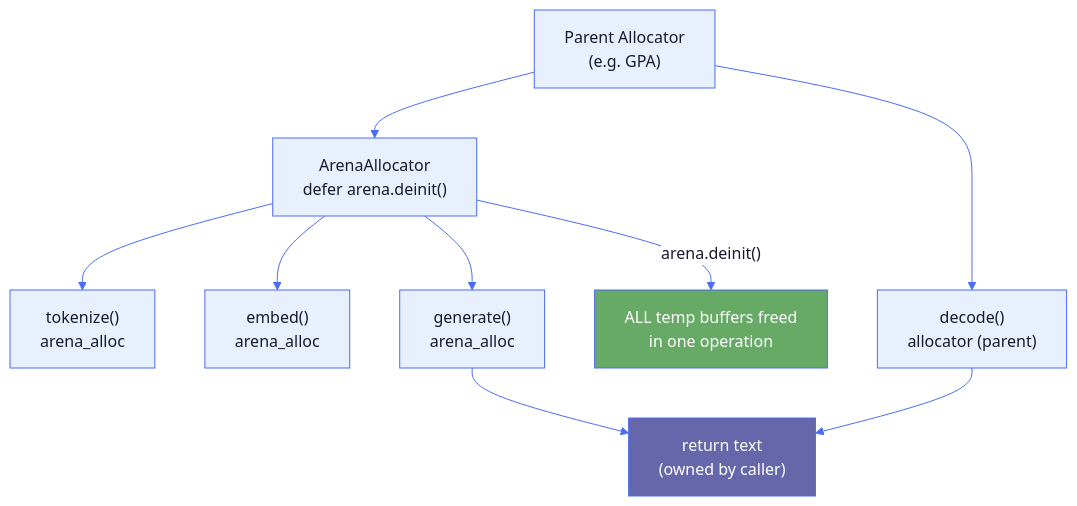
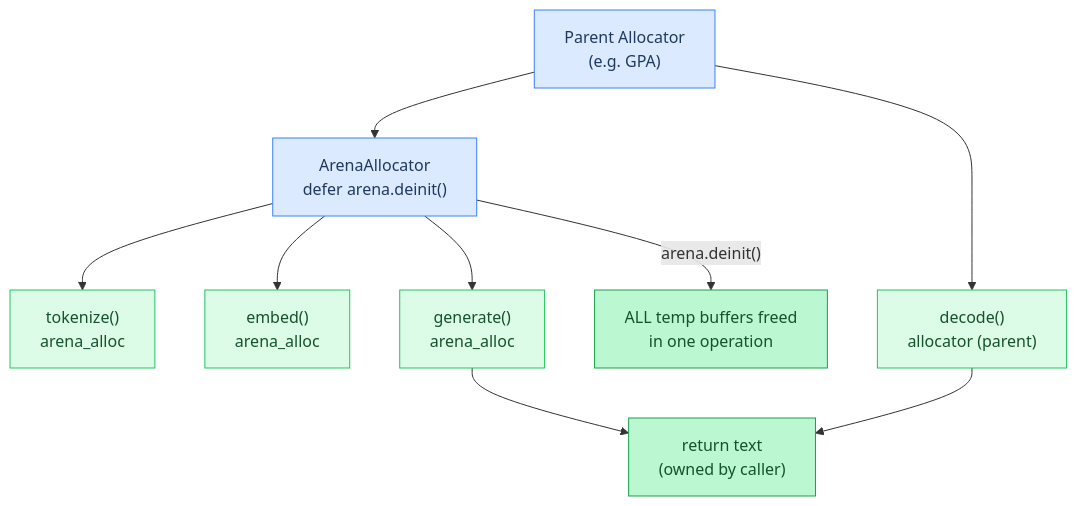
One commit to maci0/agave changed the seventh of 7 diagrams in docs/tutorial/10-memory-safety.md. Above: the diagram before and after it, drawn with Mermaid. The commit also changed other lines of this file and 24 other files, not shown here.

First line of the commit message:
docs: convert all mermaid diagrams to classDef semantic colors

````diff
--- a/docs/tutorial/10-memory-safety.md
+++ b/docs/tutorial/10-memory-safety.md
@@ -538,32 +494,27 @@
 ```mermaid
-%%{init: {'theme': 'base', 'themeVariables': {
-  'primaryColor': '#e8f0fe',
-  'primaryTextColor': '#1a1a2e',
-  'primaryBorderColor': '#4a6cf7',
-  'lineColor': '#4a6cf7',
-  'secondaryColor': '#f0f4ff',
-  'tertiaryColor': '#f8f9ff',
-  'edgeLabelBackground': '#ffffff',
-  'clusterBkg': '#f0f4ff',
-  'clusterBorder': '#4a6cf7',
-  'titleColor': '#1a1a2e',
-  'nodeTextColor': '#1a1a2e',
-  'fontFamily': 'ui-monospace, SFMono-Regular, monospace'
-}}}%%
 flowchart TD
-    PA["Parent Allocator\n(e.g. GPA)"] --> Arena["ArenaAllocator\ndefer arena.deinit()"]
+    classDef setup     fill:#dbeafe,stroke:#3b82f6,color:#1e3a5f
+    classDef sync      fill:#dcfce7,stroke:#22c55e,color:#14532d
+    classDef migration fill:#fef9c3,stroke:#eab308,color:#713f12
+    classDef success   fill:#bbf7d0,stroke:#16a34a,color:#14532d
+    classDef danger    fill:#fee2e2,stroke:#ef4444,color:#7f1d1d
+    classDef optional  fill:#f3e8ff,stroke:#9333ea,color:#581c87
 
-    Arena --> A1["tokenize()\narena_alloc"]
-    Arena --> A2["embed()\narena_alloc"]
-    Arena --> A3["generate()\narena_alloc"]
+    PA["Parent Allocator\n(e.g. GPA)"]:::setup
+    Arena["ArenaAllocator\ndefer arena.deinit()"]:::setup
+    A1["tokenize()\narena_alloc"]:::sync
+    A2["embed()\narena_alloc"]:::sync
+    A3["generate()\narena_alloc"]:::sync
+    Final["decode()\nallocator  (parent)"]:::sync
+    Return["return text\n(owned by caller)"]:::success
+    Free["ALL temp buffers freed\nin one operation"]:::success
 
-    PA --> Final["decode()\nallocator  (parent)"]
-
-    A3 --> Return["return text\n(owned by caller)"]
+    PA --> Arena
+    Arena --> A1
+    Arena --> A2
+    Arena --> A3
+    PA --> Final
+    A3 --> Return
     Final --> Return
-
-    Arena -- "arena.deinit()" --> Free["ALL temp buffers freed\nin one operation"]
-
-    style Free fill:#6a6,color:#fff
-    style Return fill:#66a,color:#fff
+    Arena -- "arena.deinit()" --> Free
 ```
````
